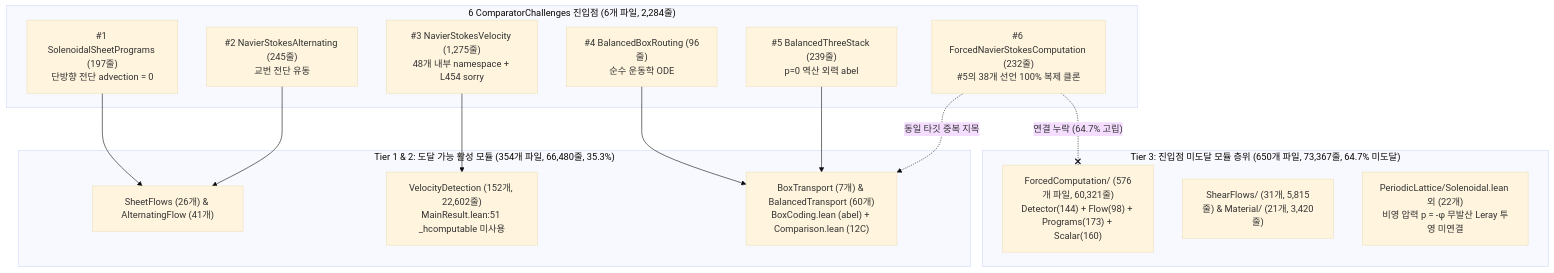
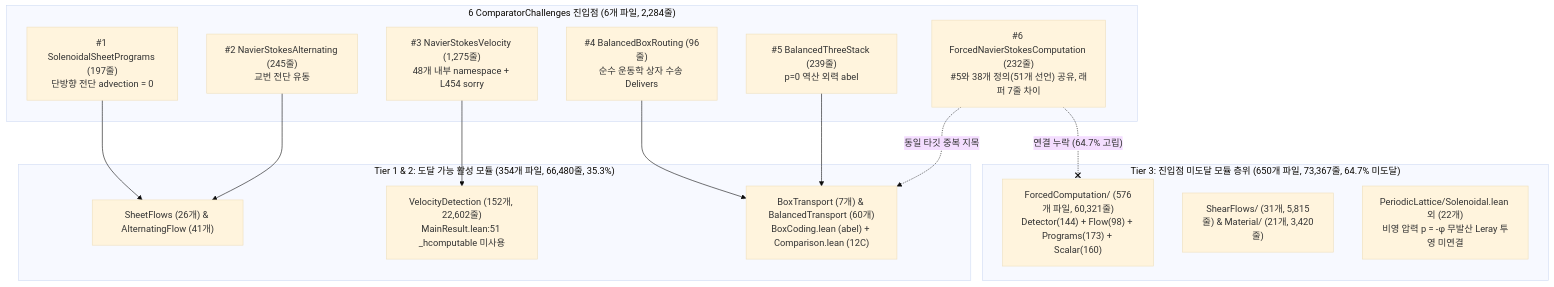
One commit to gilheumpark-bit/ultari-proof-anatomy changed the diagram in anatomy/006-openai-376-navier-stokes/ko/03_전문가용_수리물리및형식증명심사보고서.md. Above: the diagram before and after it, drawn with Mermaid (base theme). The commit also changed other lines of this file and 283 other files, not shown here.

````diff
--- a/anatomy/006-openai-376-navier-stokes/ko/03_전문가용_수리물리및형식증명심사보고서.md
+++ b/anatomy/006-openai-376-navier-stokes/ko/03_전문가용_수리물리및형식증명심사보고서.md
@@ -19,31 +19,31 @@
 ```mermaid
 flowchart TD
     subgraph Challenges["6 ComparatorChallenges 진입점 (6개 파일, 2,284줄)"]
         C1["#1 SolenoidalSheetPrograms (197줄)<br/>단방향 전단 advection = 0"]
         C2["#2 NavierStokesAlternating (245줄)<br/>교번 전단 유동"]
         C3["#3 NavierStokesVelocity (1,275줄)<br/>48개 내부 namespace + L454 sorry"]
-        C4["#4 BalancedBoxRouting (96줄)<br/>순수 운동학 ODE"]
+        C4["#4 BalancedBoxRouting (96줄)<br/>순수 운동학 상자 수송 Delivers"]
         C5["#5 BalancedThreeStack (239줄)<br/>p=0 역산 외력 abel"]
-        C6["#6 ForcedNavierStokesComputation (232줄)<br/>#5의 38개 선언 100% 복제 클론"]
+        C6["#6 ForcedNavierStokesComputation (232줄)<br/>#5와 38개 정의(51개 선언) 공유, 래퍼 7줄 차이"]
     end
 
     subgraph Reachable["Tier 1 & 2: 도달 가능 활성 모듈 (354개 파일, 66,480줄, 35.3%)"]
         R1["SheetFlows (26개) & AlternatingFlow (41개)"]
         R2["VelocityDetection (152개, 22,602줄)<br/>MainResult.lean:51 _hcomputable 미사용"]
         R3["BoxTransport (7개) & BalancedTransport (60개)<br/>BoxCoding.lean (abel) + Comparison.lean (12C)"]
     end
 
     subgraph Orphaned["Tier 3: 진입점 미도달 모듈 층위 (650개 파일, 73,367줄, 64.7% 미도달)"]
         O1["ForcedComputation/ (576개 파일, 60,321줄)<br/>Detector(144) + Flow(98) + Programs(173) + Scalar(160)"]
         O2["ShearFlows/ (31개, 5,815줄) & Material/ (21개, 3,420줄)"]
         O3["PeriodicLattice/Solenoidal.lean 외 (22개)<br/>비영 압력 p = -φ 무발산 Leray 투영 미연결"]
     end
 
     C1 --> R1
     C2 --> R1
     C3 --> R2
     C4 --> R3
     C5 --> R3
     C6 -. "동일 타깃 중복 지목" .-> R3
     C6 -.-x|"연결 누락 (64.7% 고립)"| O1
 ```
````
